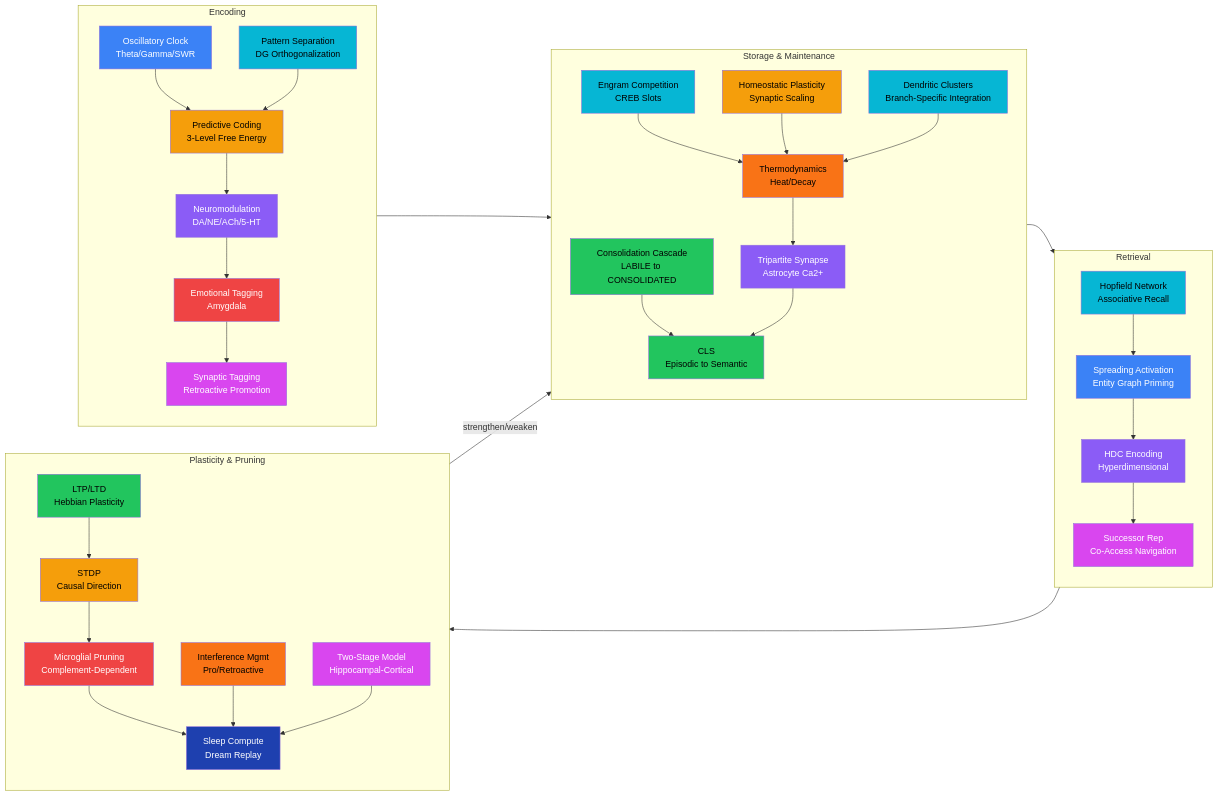
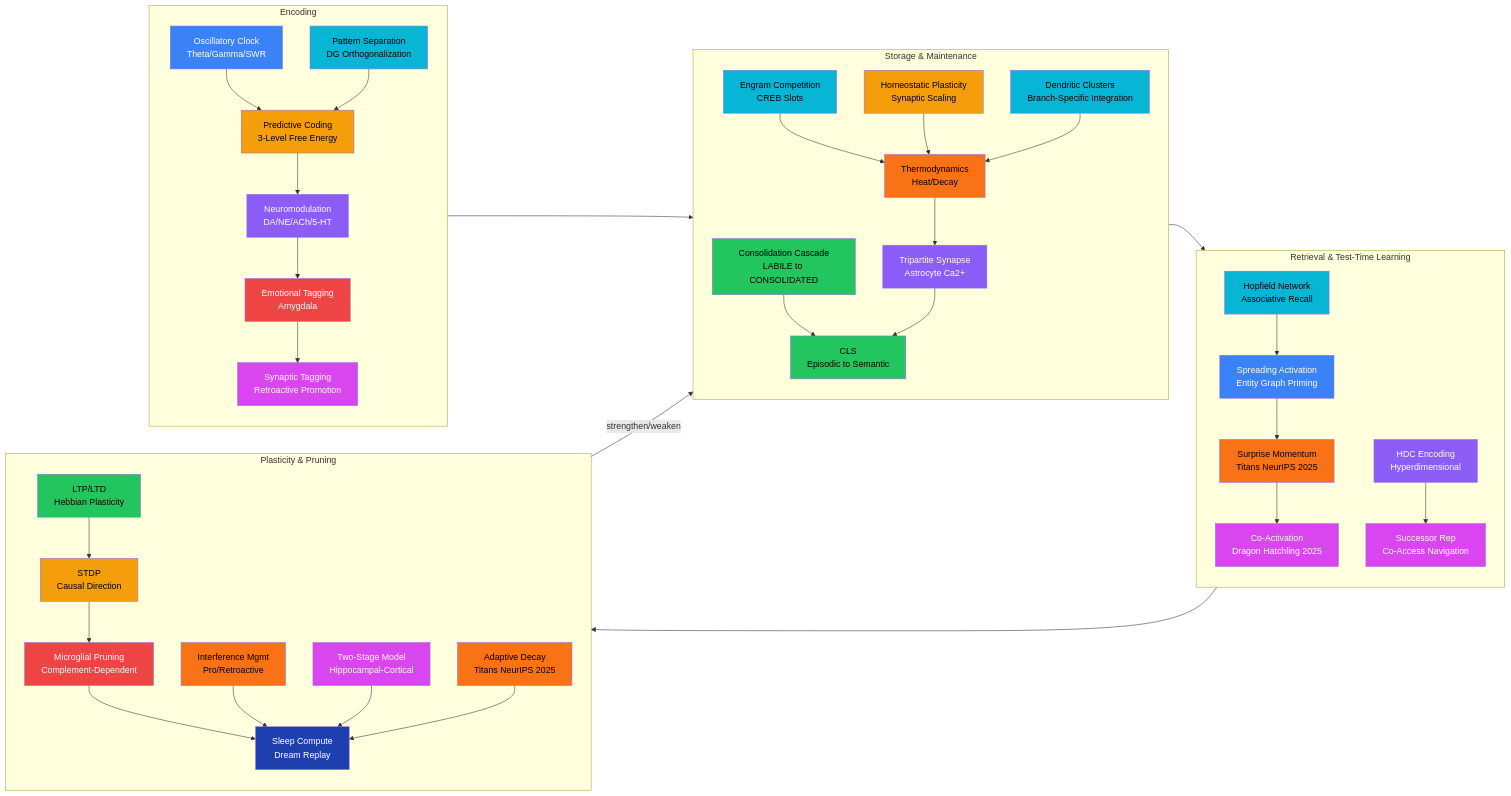
One commit to cdeust/Cortex changed the fourth of 5 diagrams in README.md. Above: the diagram before and after it, drawn with Mermaid. The commit also changed other lines of this file, not shown here.

First line of the commit message:
docs: update README with PostgreSQL backend, test-time learning, new benchmarks

````diff
--- a/README.md
+++ b/README.md
@@ -558,62 +406,67 @@
 ```mermaid
 graph LR
     subgraph Encoding["Encoding"]
         OC[Oscillatory Clock<br/>Theta/Gamma/SWR] --> PC[Predictive Coding<br/>3-Level Free Energy]
         PC --> NM[Neuromodulation<br/>DA/NE/ACh/5-HT]
         NM --> ET[Emotional Tagging<br/>Amygdala]
         PS[Pattern Separation<br/>DG Orthogonalization] --> PC
         ET --> ST[Synaptic Tagging<br/>Retroactive Promotion]
     end
 
     subgraph Storage["Storage & Maintenance"]
         EG[Engram Competition<br/>CREB Slots] --> TH[Thermodynamics<br/>Heat/Decay]
         TH --> TS[Tripartite Synapse<br/>Astrocyte Ca2+]
         HP[Homeostatic Plasticity<br/>Synaptic Scaling] --> TH
         CS[Consolidation Cascade<br/>LABILE to CONSOLIDATED] --> CLS[CLS<br/>Episodic to Semantic]
         DC[Dendritic Clusters<br/>Branch-Specific Integration] --> TH
         TS --> CLS
     end
 
-    subgraph Retrieval["Retrieval"]
+    subgraph Retrieval["Retrieval & Test-Time Learning"]
         HOP[Hopfield Network<br/>Associative Recall] --> SA[Spreading Activation<br/>Entity Graph Priming]
-        SA --> HDC[HDC Encoding<br/>Hyperdimensional]
-        HDC --> SR[Successor Rep<br/>Co-Access Navigation]
+        SA --> SM[Surprise Momentum<br/>Titans NeurIPS 2025]
+        SM --> CoA[Co-Activation<br/>Dragon Hatchling 2025]
+        HDC[HDC Encoding<br/>Hyperdimensional] --> SR[Successor Rep<br/>Co-Access Navigation]
     end
 
     subgraph Plasticity["Plasticity & Pruning"]
         LTP[LTP/LTD<br/>Hebbian Plasticity] --> STDP[STDP<br/>Causal Direction]
         STDP --> MG[Microglial Pruning<br/>Complement-Dependent]
         MG --> SC[Sleep Compute<br/>Dream Replay]
         IF[Interference Mgmt<br/>Pro/Retroactive] --> SC
         TSM[Two-Stage Model<br/>Hippocampal-Cortical] --> SC
+        AD[Adaptive Decay<br/>Titans NeurIPS 2025] --> SC
     end
 
     Encoding --> Storage
     Storage --> Retrieval
     Retrieval --> Plasticity
     Plasticity -->|strengthen/weaken| Storage
 
     style PC fill:#f59e0b,color:#000
     style NM fill:#8b5cf6,color:#fff
     style ET fill:#ef4444,color:#fff
     style ST fill:#d946ef,color:#fff
     style OC fill:#3b82f6,color:#fff
     style PS fill:#06b6d4,color:#000
     style EG fill:#06b6d4,color:#000
     style TH fill:#f97316,color:#000
     style CLS fill:#22c55e,color:#000
     style TS fill:#8b5cf6,color:#fff
     style HP fill:#f59e0b,color:#000
     style CS fill:#22c55e,color:#000
     style DC fill:#06b6d4,color:#000
     style HOP fill:#06b6d4,color:#000
     style SA fill:#3b82f6,color:#fff
+    style SM fill:#f97316,color:#000
+    style CoA fill:#d946ef,color:#fff
     style HDC fill:#8b5cf6,color:#fff
     style SR fill:#d946ef,color:#fff
     style LTP fill:#22c55e,color:#000
     style STDP fill:#f59e0b,color:#000
     style MG fill:#ef4444,color:#fff
     style SC fill:#1e40af,color:#fff
     style IF fill:#f97316,color:#000
     style TSM fill:#d946ef,color:#fff
+    style AD fill:#f97316,color:#000
 ```
````
